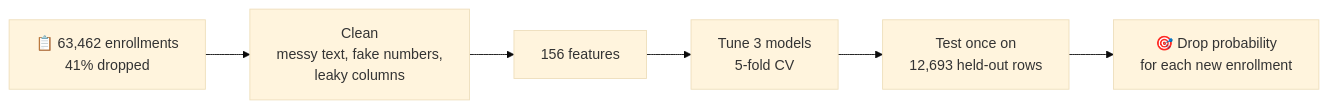
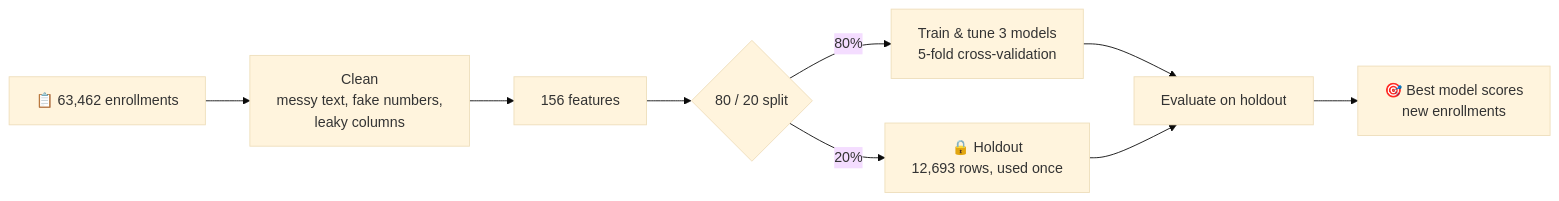
One commit to YotamEviatar-stu/Predict-Dropout changed the diagram in README.md. Above: the diagram before and after it, drawn with Mermaid (base theme). The commit also changed other lines of this file and 4 other files, not shown here.

First line of the commit message:
WIP: performance-first README, figure code

````diff
--- a/README.md
+++ b/README.md
@@ -5,8 +9,11 @@
 ```mermaid
 flowchart LR
-    A[📋 63,462 enrollments<br/>41% dropped] --> B[Clean<br/>messy text, fake numbers,<br/>leaky columns]
+    A[📋 63,462 enrollments] --> B[Clean<br/>messy text, fake numbers,<br/>leaky columns]
     B --> C[156 features]
-    C --> D[Tune 3 models<br/>5-fold CV]
-    D --> E[Test once on<br/>12,693 held-out rows]
-    E --> F[🎯 Drop probability<br/>for each new enrollment]
+    C --> D{80 / 20 split}
+    D -- 80% --> E[Train & tune 3 models<br/>5-fold cross-validation]
+    D -- 20% --> F[🔒 Holdout<br/>12,693 rows, used once]
+    E --> G[Evaluate on holdout]
+    F --> G
+    G --> H[🎯 Best model scores<br/>new enrollments]
 ```
````
